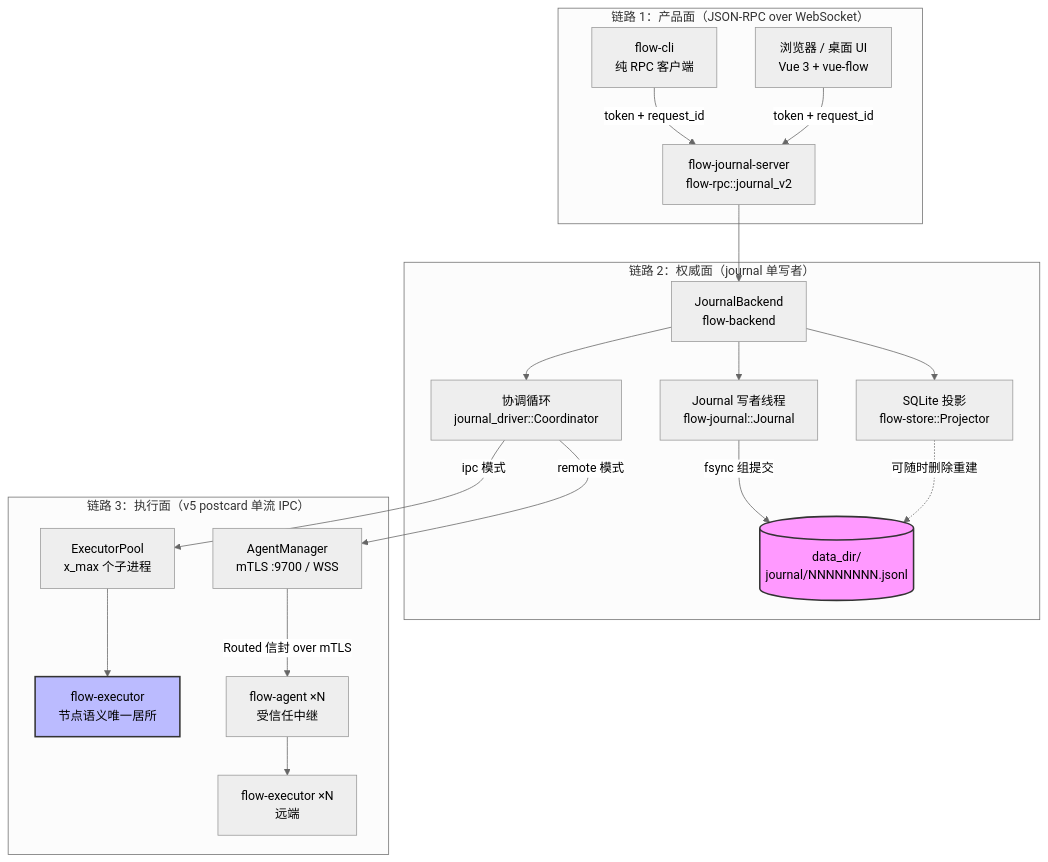
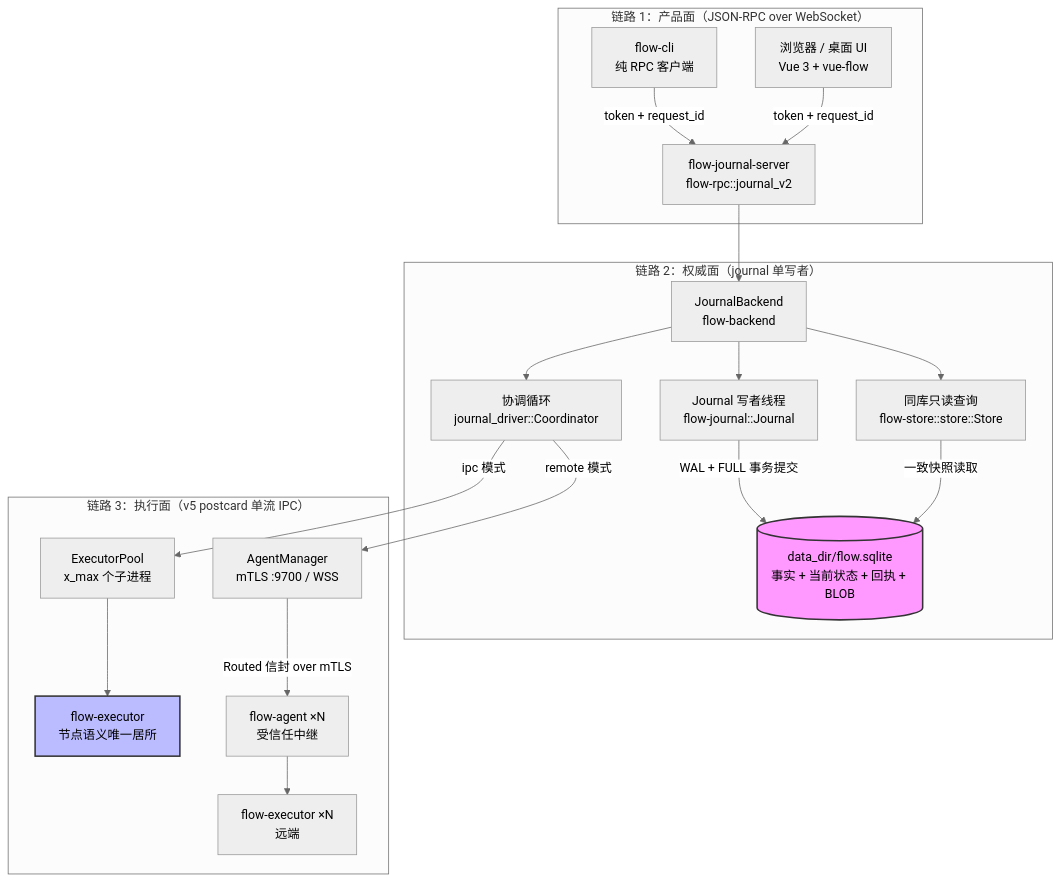
One commit to yeheng/flow changed the first of 20 diagrams in docs/DESIGN.md. Above: the diagram before and after it, drawn with Mermaid (neutral theme). The commit also changed other lines of this file and 59 other files, not shown here.

First line of the commit message:
"feat(journal): 将权威存储从 JSONL 迁移为单库 SQLite 原子提交

````diff
--- a/docs/DESIGN.md
+++ b/docs/DESIGN.md
@@ -129,42 +128,42 @@
 ```mermaid
 graph TB
     subgraph L1["链路 1：产品面（JSON-RPC over WebSocket）"]
         CLI["flow-cli<br/>纯 RPC 客户端"]
         WEB["浏览器 / 桌面 UI<br/>Vue 3 + vue-flow"]
         RPC["flow-journal-server<br/>flow-rpc::journal_v2"]
     end
 
     subgraph L2["链路 2：权威面（journal 单写者）"]
         BE["JournalBackend<br/>flow-backend"]
         COORD["协调循环<br/>journal_driver::Coordinator"]
         W["Journal 写者线程<br/>flow-journal::Journal"]
-        PROJ["SQLite 投影<br/>flow-store::Projector"]
-        DISK[("data_dir/<br/>journal/NNNNNNNN.jsonl")]
+        PROJ["同库只读查询<br/>flow-store::store::Store"]
+        DISK[("data_dir/flow.sqlite<br/>事实 + 当前状态 + 回执 + BLOB")]
     end
 
     subgraph L3["链路 3：执行面（v5 postcard 单流 IPC）"]
         POOL["ExecutorPool<br/>x_max 个子进程"]
         EX["flow-executor<br/>节点语义唯一居所"]
         AM["AgentManager<br/>mTLS :9700 / WSS"]
         AG["flow-agent ×N<br/>受信任中继"]
         REX["flow-executor ×N<br/>远端"]
     end
 
     CLI -->|"token + request_id"| RPC
     WEB -->|"token + request_id"| RPC
     RPC --> BE
     BE --> COORD
     BE --> W
     BE --> PROJ
-    W -->|"fsync 组提交"| DISK
-    PROJ -.->|"可随时删除重建"| DISK
+    W -->|"WAL + FULL 事务提交"| DISK
+    PROJ -->|"一致快照读取"| DISK
 
     COORD -->|"ipc 模式"| POOL
     COORD -->|"remote 模式"| AM
     POOL --> EX
     AM -->|"Routed 信封 over mTLS"| AG
     AG --> REX
 
     style DISK fill:#f9f,stroke:#333,stroke-width:2px
     style EX fill:#bbf,stroke:#333,stroke-width:2px
 ```
````
